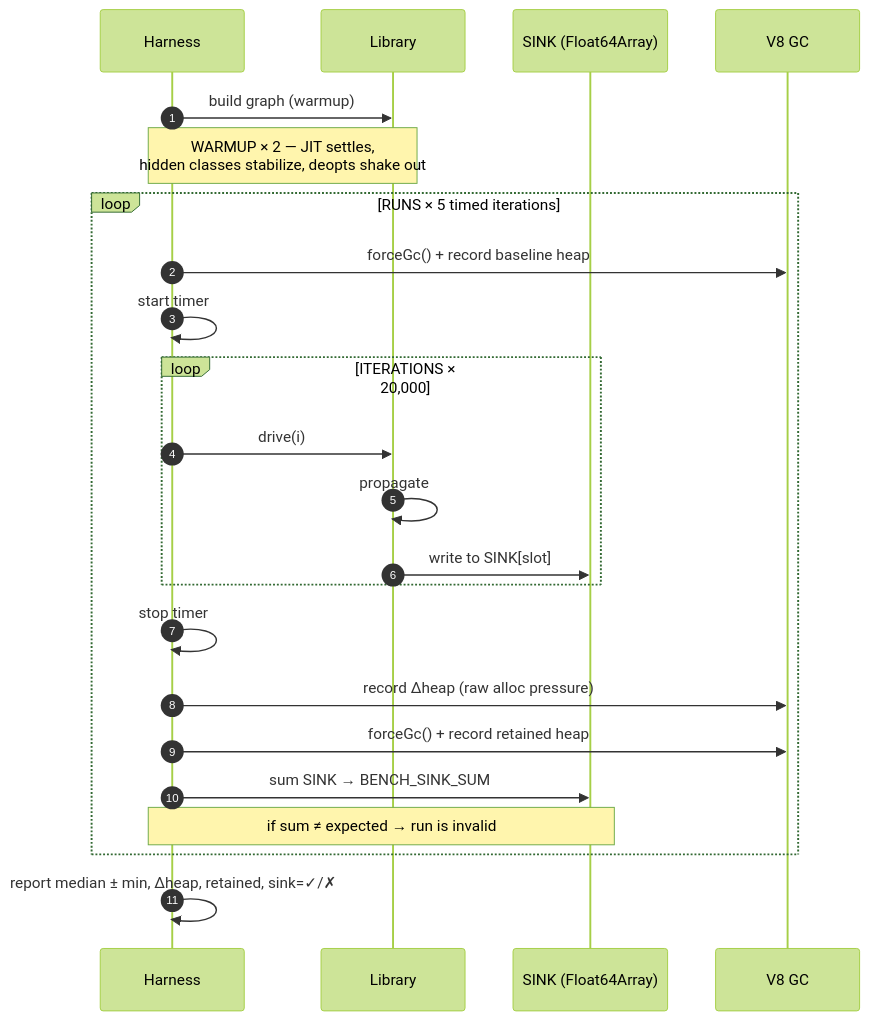
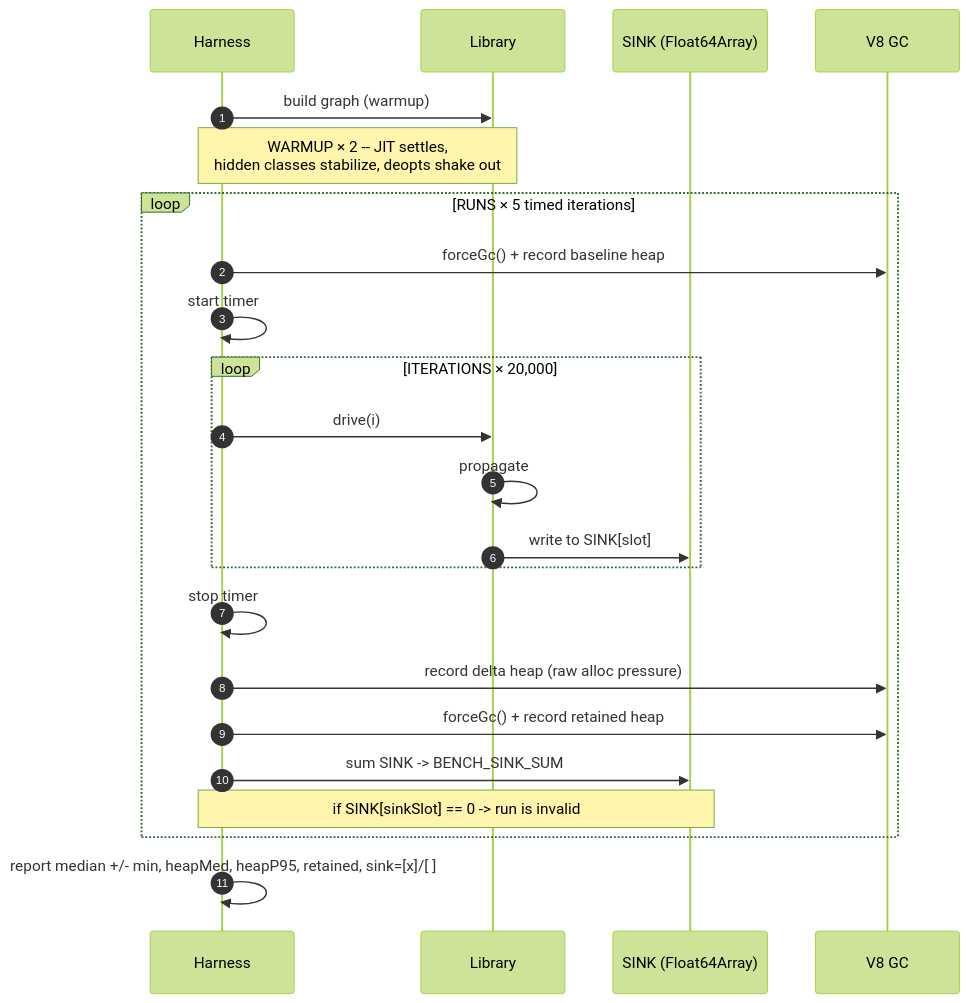
One commit to PeshoVurtoleta/lite-signal changed the first of 6 diagrams in bench/torture/README.md. Above: the diagram before and after it, drawn with Mermaid (forest theme). The commit also changed other lines of this file and 11 other files, not shown here.

````diff
--- a/bench/torture/README.md
+++ b/bench/torture/README.md
@@ -27,28 +27,28 @@
 ```mermaid
 sequenceDiagram
     autonumber
     participant H as Harness
     participant L as Library
     participant S as SINK (Float64Array)
     participant V as V8 GC
 
     H->>L: build graph (warmup)
-    Note over H,L: WARMUP × 2 — JIT settles,<br/>hidden classes stabilize, deopts shake out
+    Note over H,L: WARMUP × 2 -- JIT settles,<br/>hidden classes stabilize, deopts shake out
 
     loop RUNS × 5 timed iterations
         H->>V: forceGc() + record baseline heap
         H->>H: start timer
         loop ITERATIONS × 20,000
             H->>L: drive(i)
             L->>L: propagate
             L->>S: write to SINK[slot]
         end
         H->>H: stop timer
-        H->>V: record Δheap (raw alloc pressure)
+        H->>V: record delta heap (raw alloc pressure)
         H->>V: forceGc() + record retained heap
-        H->>S: sum SINK → BENCH_SINK_SUM
-        Note over H,S: if sum ≠ expected → run is invalid
+        H->>S: sum SINK -> BENCH_SINK_SUM
+        Note over H,S: if SINK[sinkSlot] == 0 -> run is invalid
     end
 
-    H->>H: report median ± min, Δheap, retained, sink=✓/✗
+    H->>H: report median +/- min, heapMed, heapP95, retained, sink=[x]/[ ]
 ```
````
